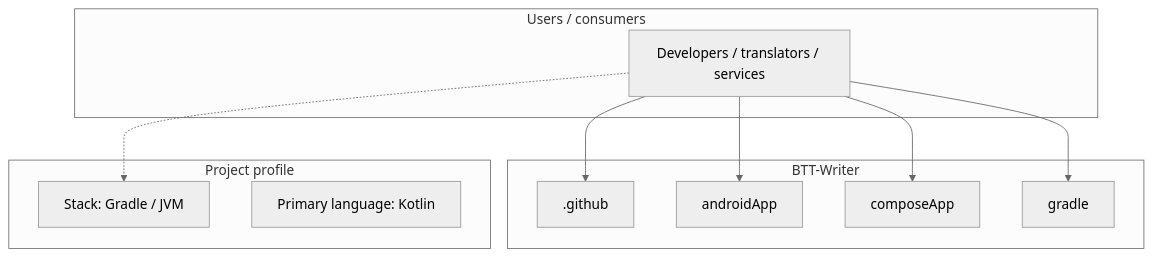
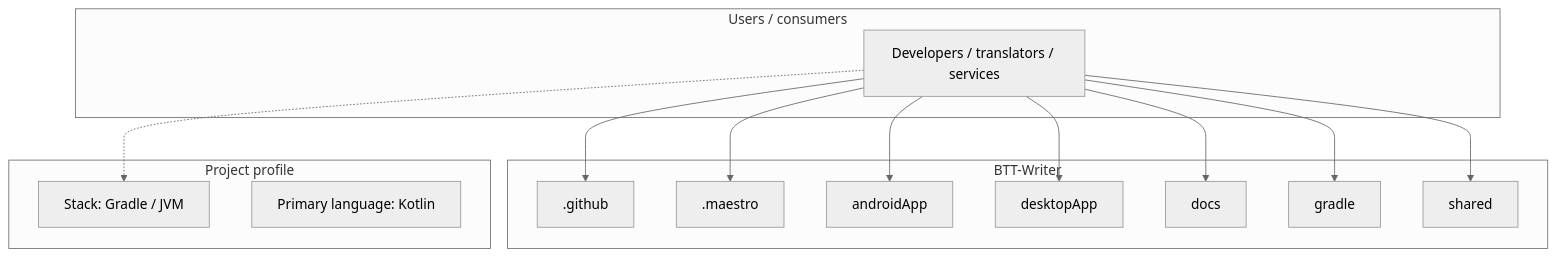
One commit to AnonymousWalker/project-repos-diagram changed the first of 3 diagrams in architecture/Bible-Translation-Tools/BTT-Writer-architecture.md. Above: the diagram before and after it, drawn with Mermaid (neutral theme). The commit also changed other lines of this file and 2 other files, not shown here.

Commit message:
chore: refresh architecture diagrams

````diff
--- a/architecture/Bible-Translation-Tools/BTT-Writer-architecture.md
+++ b/architecture/Bible-Translation-Tools/BTT-Writer-architecture.md
@@ -9,24 +9,30 @@
 ```mermaid
 flowchart TB
   subgraph users["Users / consumers"]
     Users["Developers / translators / services"]
   end
 
   subgraph project["BTT-Writer"]
     M0[".github"]
-    M1["androidApp"]
-    M2["composeApp"]
-    M3["gradle"]
+    M1[".maestro"]
+    M2["androidApp"]
+    M3["desktopApp"]
+    M4["docs"]
+    M5["gradle"]
+    M6["shared"]
   end
 
   subgraph meta["Project profile"]
     Stack["Stack: Gradle / JVM"]
     Lang["Primary language: Kotlin"]
   end
 
   Users --> M0
   Users --> M1
   Users --> M2
   Users --> M3
+  Users --> M4
+  Users --> M5
+  Users --> M6
   Users -.-> Stack
 ```
````
